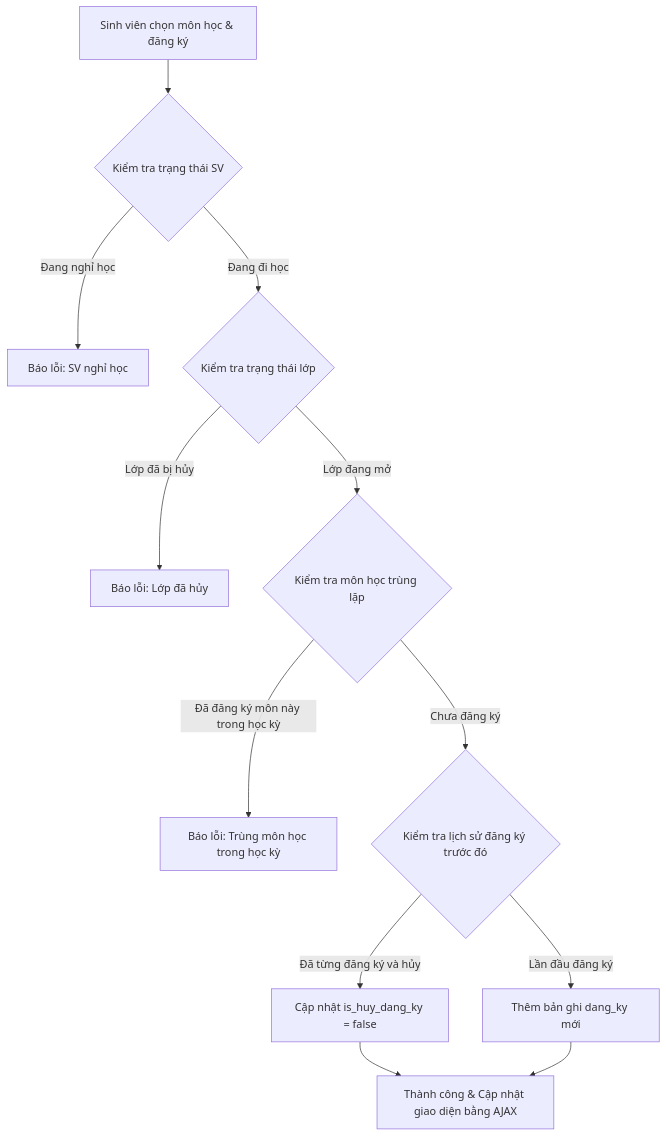
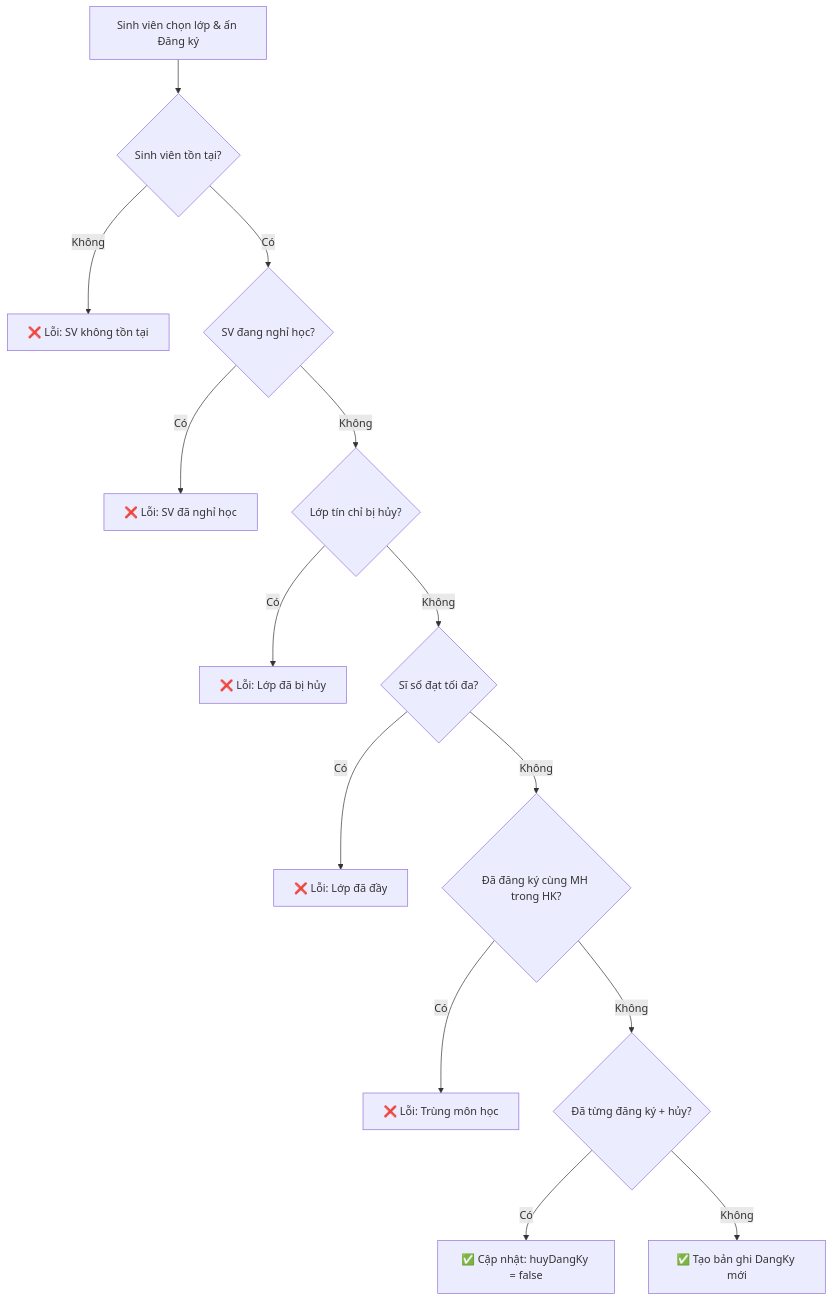
The fourth of 9 diagrams in README.md (chivinh123abc/QLDSV_HQT_WEB), drawn with Mermaid before and after one commit. The commit also changed other lines of this file and 28 other files, not shown here.

````diff
--- a/README.md
+++ b/README.md
@@ -294,14 +437,16 @@
 ```mermaid
 graph TD
-    A[Sinh viên chọn môn học & đăng ký] --> B{Kiểm tra trạng thái SV}
-    B -- Đang nghỉ học --> C[Báo lỗi: SV nghỉ học]
-    B -- Đang đi học --> D{Kiểm tra trạng thái lớp}
-    D -- Lớp đã bị hủy --> E[Báo lỗi: Lớp đã hủy]
-    D -- Lớp đang mở --> F{Kiểm tra môn học trùng lặp}
-    F -- Đã đăng ký môn này trong học kỳ --> G[Báo lỗi: Trùng môn học trong học kỳ]
-    F -- Chưa đăng ký --> H{Kiểm tra lịch sử đăng ký trước đó}
-    H -- Đã từng đăng ký và hủy --> I[Cập nhật is_huy_dang_ky = false]
-    H -- Lần đầu đăng ký --> J[Thêm bản ghi dang_ky mới]
-    I --> K[Thành công & Cập nhật giao diện bằng AJAX]
-    J --> K
+    A["Sinh viên chọn lớp & ấn Đăng ký"] --> B{"Sinh viên tồn tại?"}
+    B -- Không --> C["❌ Lỗi: SV không tồn tại"]
+    B -- Có --> D{"SV đang nghỉ học?"}
+    D -- Có --> E["❌ Lỗi: SV đã nghỉ học"]
+    D -- Không --> F{"Lớp tín chỉ bị hủy?"}
+    F -- Có --> G["❌ Lỗi: Lớp đã bị hủy"]
+    F -- Không --> H{"Sĩ số đạt tối đa?"}
+    H -- Có --> I["❌ Lỗi: Lớp đã đầy"]
+    H -- Không --> J{"Đã đăng ký cùng MH trong HK?"}
+    J -- Có --> K["❌ Lỗi: Trùng môn học"]
+    J -- Không --> L{"Đã từng đăng ký + hủy?"}
+    L -- Có --> M["✅ Cập nhật: huyDangKy = false"]
+    L -- Không --> N["✅ Tạo bản ghi DangKy mới"]
 ```
````
